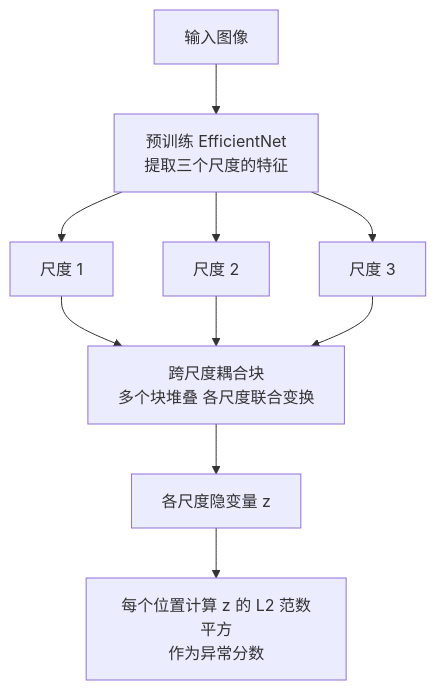
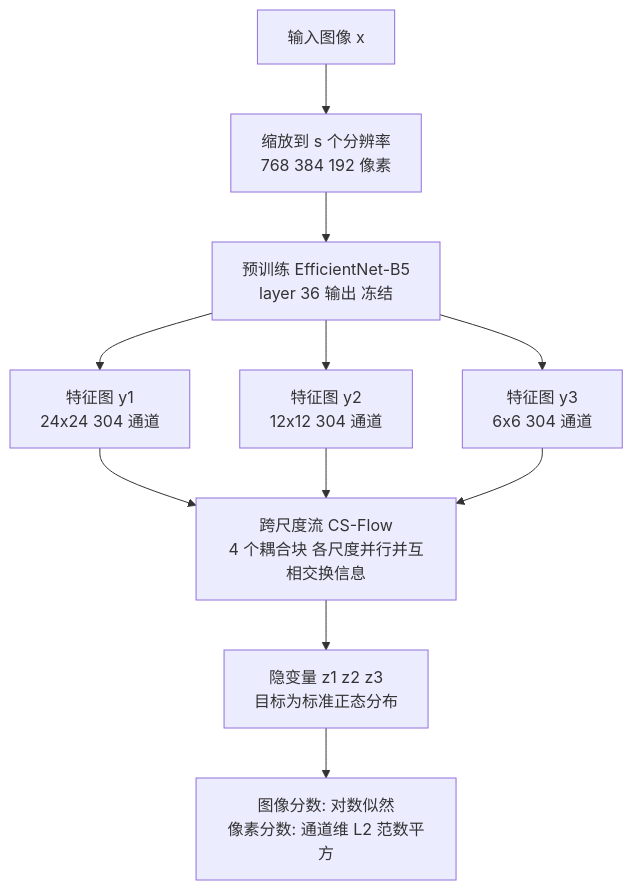
The diagram in docs/0737_paper_CSFlow.md (junxnone/aiwiki), drawn with Mermaid before and after one commit. The commit also changed other lines of this file and 1 other file, not shown here.

````diff
--- a/docs/0737_paper_CSFlow.md
+++ b/docs/0737_paper_CSFlow.md
@@ -21,12 +22,13 @@
 ```mermaid
 graph TD
-    X["输入图像"] --> E["预训练 EfficientNet<br/>提取三个尺度的特征"]
-    E --> Y1["尺度 1"]
-    E --> Y2["尺度 2"]
-    E --> Y3["尺度 3"]
-    Y1 --> C["跨尺度耦合块<br/>多个块堆叠 各尺度联合变换"]
+    X["输入图像 x"] --> R["缩放到 s 个分辨率<br/>768 384 192 像素"]
+    R --> E["预训练 EfficientNet-B5<br/>layer 36 输出 冻结"]
+    E --> Y1["特征图 y1<br/>24x24 304 通道"]
+    E --> Y2["特征图 y2<br/>12x12 304 通道"]
+    E --> Y3["特征图 y3<br/>6x6 304 通道"]
+    Y1 --> C["跨尺度流 CS-Flow<br/>4 个耦合块 各尺度并行并互相交换信息"]
     Y2 --> C
     Y3 --> C
-    C --> Z["各尺度隐变量 z"]
-    Z --> A["每个位置计算 z 的 L2 范数平方<br/>作为异常分数"]
+    C --> Z["隐变量 z1 z2 z3<br/>目标为标准正态分布"]
+    Z --> A["图像分数: 对数似然<br/>像素分数: 通道维 L2 范数平方"]
 ```
````
